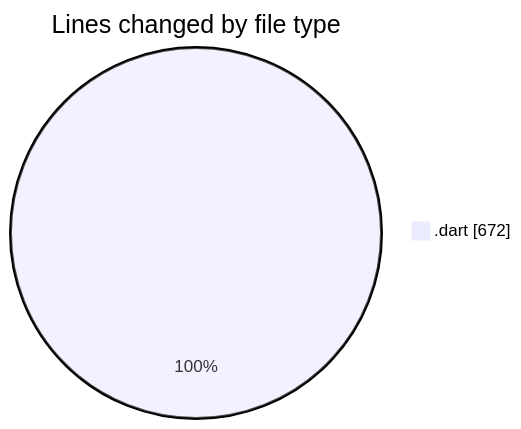
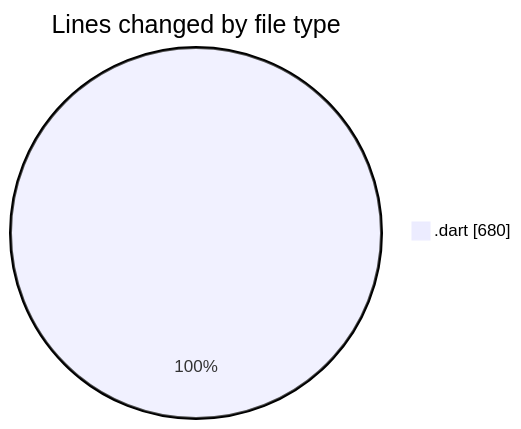
The first of 2 diagrams in 2025-02-25/trackers_app/README.md (donsfak/code-tracking), drawn with Mermaid before and after one commit. The commit also changed other lines of this file and 1 other file, not shown here.

````diff
--- a/2025-02-25/trackers_app/README.md
+++ b/2025-02-25/trackers_app/README.md
@@ -23,5 +23,5 @@
 ```mermaid
 pie showData
 title Lines changed by file type
-".dart" : 672
+".dart" : 680
 ```
````
